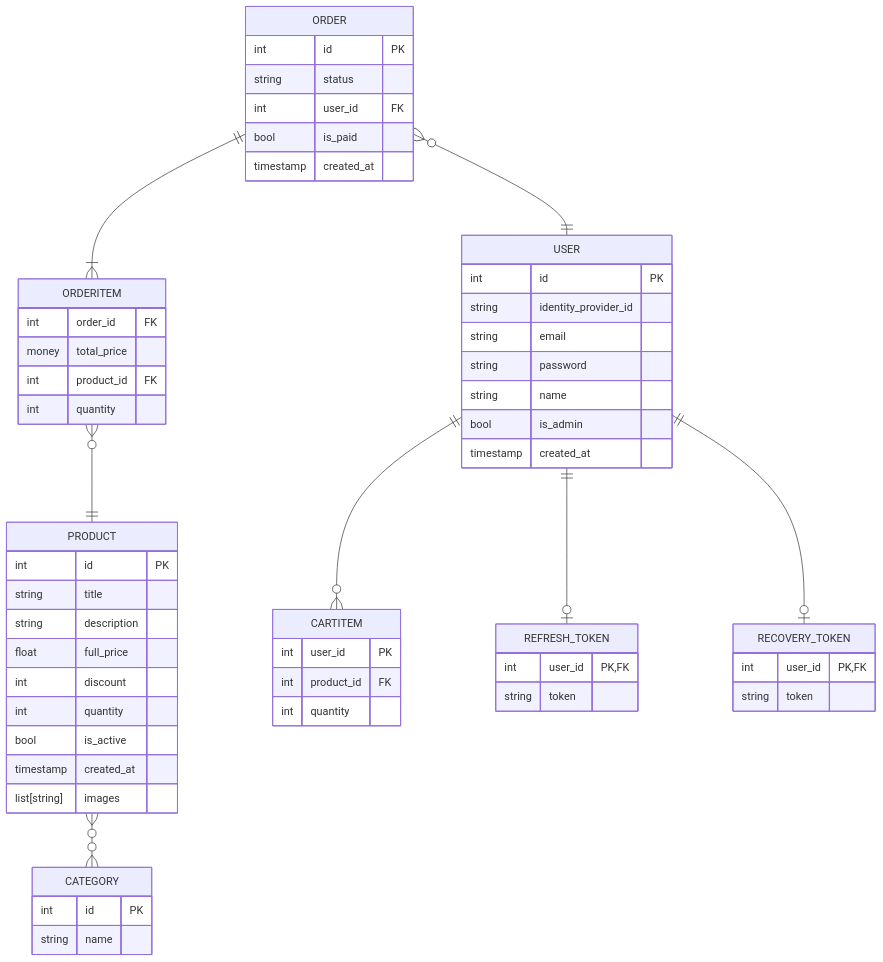
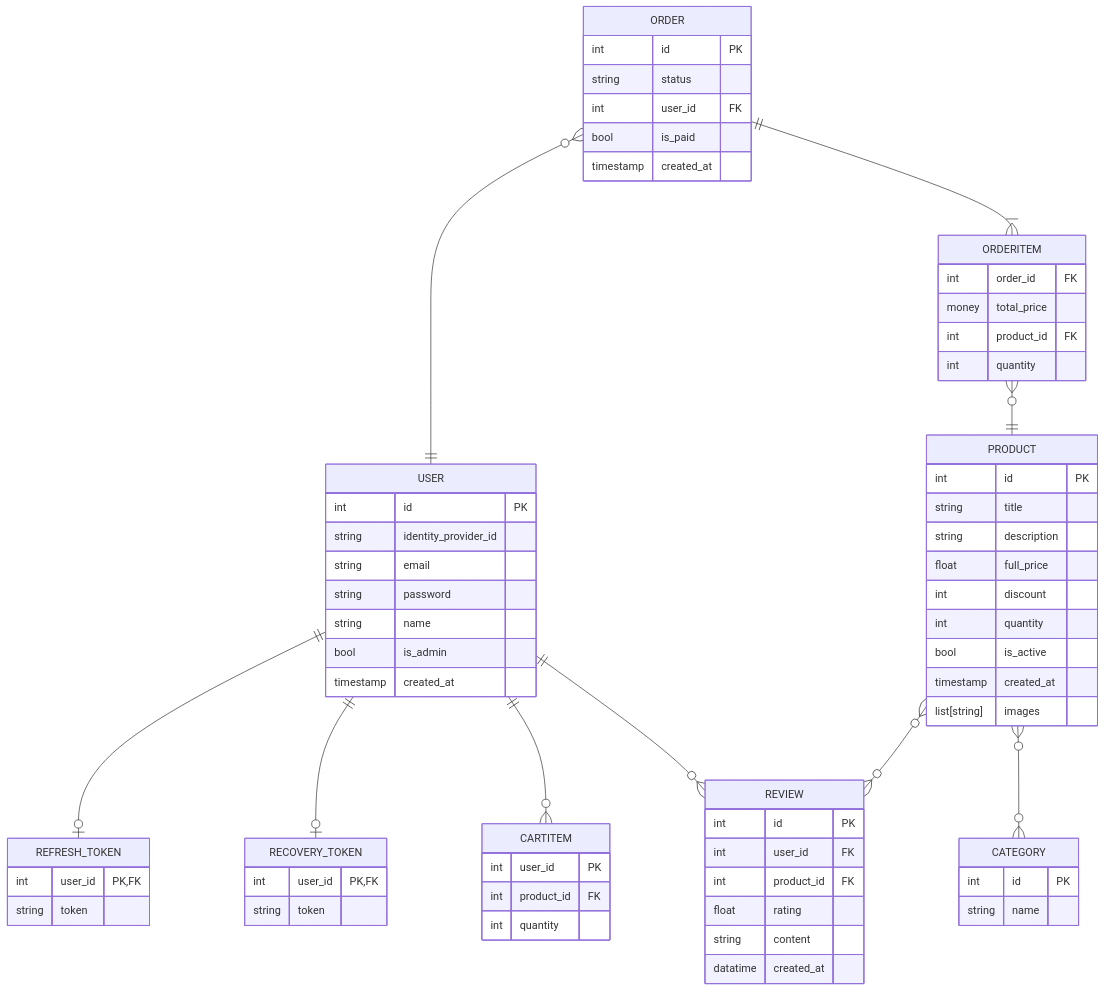
One commit to ivan-22-3-5/e-commerce changed the diagram in backend/er.md. Above: the diagram before and after it, drawn with Mermaid.

Commit message:
docs(er): add review model

````diff
--- a/backend/er.md
+++ b/backend/er.md
@@ -1,68 +1,79 @@
 ```mermaid
 erDiagram
     PRODUCT {
         int id PK
         string title
         string description
         float full_price
         int discount
         int quantity
         bool is_active
         timestamp created_at
         list[string] images
     }
 
     USER {
         int id PK
         string identity_provider_id
-        string email 
-        string password 
+        string email
+        string password
         string name
-        bool is_admin 
+        bool is_admin
         timestamp created_at
     }
-    
+
     CATEGORY {
         int id PK
         string name
     }
 
     CARTITEM {
         int user_id PK
         int product_id FK
-        int quantity 
+        int quantity
     }
 
     ORDER {
         int id PK
         string status
         int user_id FK
         bool is_paid
         timestamp created_at
     }
-    
+
     REFRESH_TOKEN {
         int user_id PK, FK
         string token
     }
-    
+
     RECOVERY_TOKEN {
         int user_id PK, FK
         string token
     }
-    
+
     ORDERITEM {
         int order_id FK
         money total_price
         int product_id FK
         int quantity
+    }
+
+    REVIEW {
+        int id PK
+        int user_id FK
+        int product_id FK
+        float rating
+        string content
+        datatime created_at
     }
 
     PRODUCT }o--o{ CATEGORY: ""
     ORDER }o--|| USER: ""
     ORDER ||--|{ ORDERITEM: ""
     ORDERITEM }o--|| PRODUCT: ""
     USER ||--o| REFRESH_TOKEN: ""
     USER ||--o| RECOVERY_TOKEN: ""
     USER ||--o{ CARTITEM: ""
+    USER ||--o{ REVIEW: ""
+    PRODUCT }o--o{ REVIEW: ""
 ```
````
